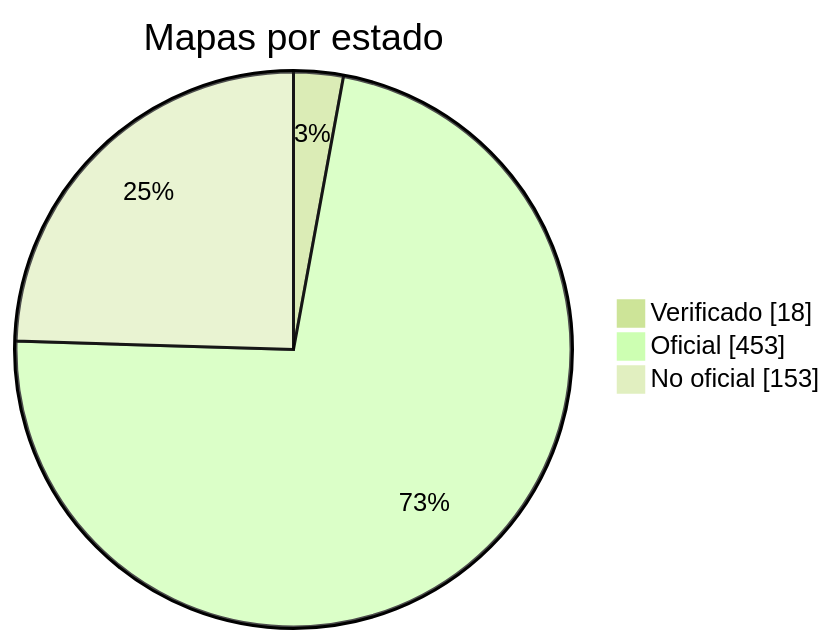
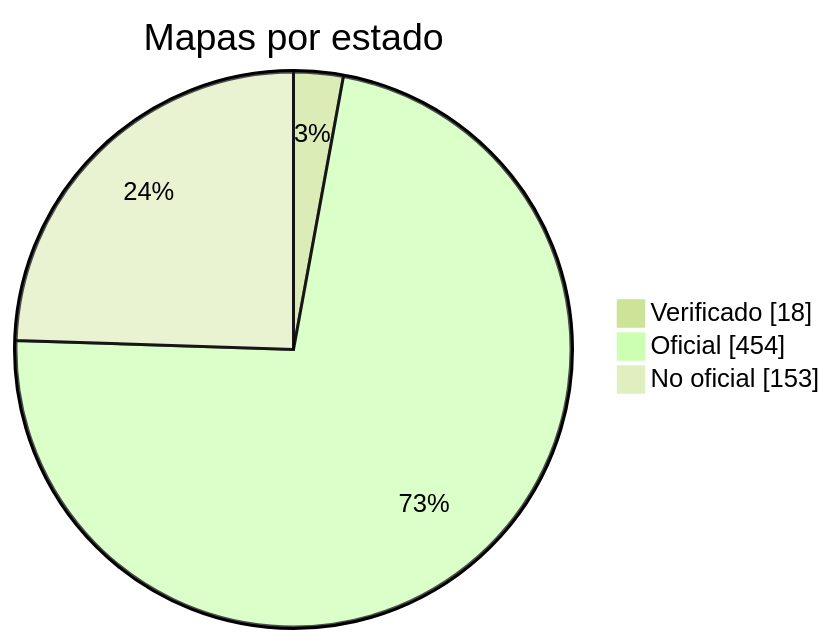
One commit to nobrega8/mbmap-library changed the diagram in docs/readme/README_ES.md. Above: the diagram before and after it, drawn with Mermaid (forest theme). The commit also changed 6 other files, not shown here.

````diff
--- a/docs/readme/README_ES.md
+++ b/docs/readme/README_ES.md
@@ -54,7 +54,7 @@
 ```mermaid
 pie showData
     title Mapas por estado
     "Verificado" : 18
-    "Oficial" : 453
+    "Oficial" : 454
     "No oficial" : 153
 ```
````
